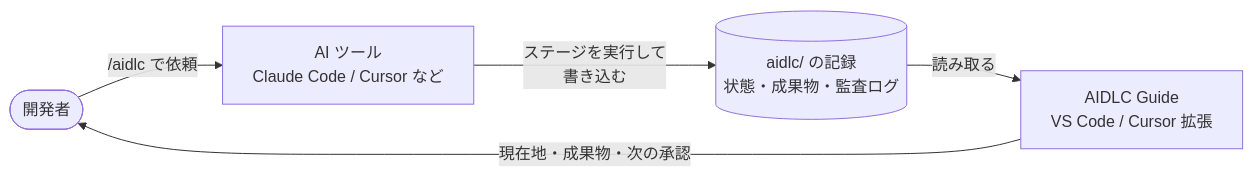
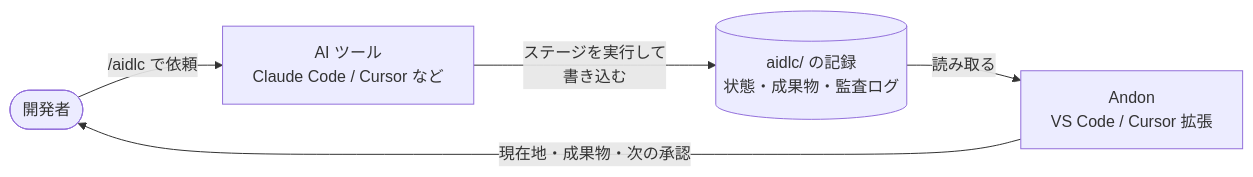
One commit to otomatty/andon-for-aidlc changed the first of 7 diagrams in README.md. Above: the diagram before and after it, drawn with Mermaid. The commit also changed other lines of this file and 283 other files, not shown here.

````diff
--- a/README.md
+++ b/README.md
@@ -11,11 +11,11 @@
 ```mermaid
 flowchart LR
   dev(["開発者"])
   ai["AI ツール<br/>Claude Code / Cursor など"]
   rec[("aidlc/ の記録<br/>状態・成果物・監査ログ")]
-  guide["AIDLC Guide<br/>VS Code / Cursor 拡張"]
+  guide["Andon<br/>VS Code / Cursor 拡張"]
   dev -- "/aidlc で依頼" --> ai
   ai -- "ステージを実行して<br/>書き込む" --> rec
   rec -- "読み取る" --> guide
   guide -- "現在地・成果物・次の承認" --> dev
 ```
````
